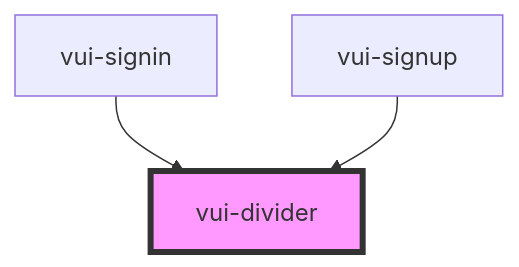
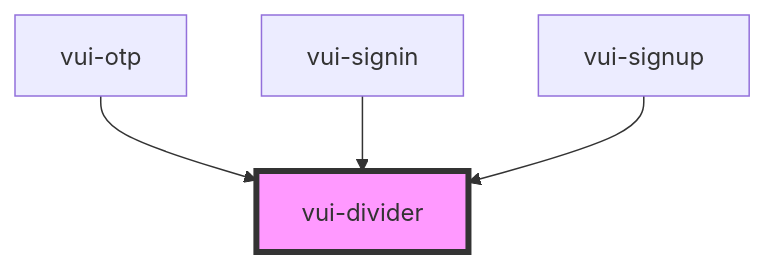
The diagram in packages/stencil-library/src/components/divider/readme.md (verite-team/verite-elements), drawn with Mermaid before and after one commit. The commit also changed other lines of this file and 25 other files, not shown here.

````diff
--- a/packages/stencil-library/src/components/divider/readme.md
+++ b/packages/stencil-library/src/components/divider/readme.md
@@ -28,6 +29,7 @@
 ```mermaid
 graph TD;
+  vui-otp --> vui-divider
   vui-signin --> vui-divider
   vui-signup --> vui-divider
   style vui-divider fill:#f9f,stroke:#333,stroke-width:4px
 ```
````
